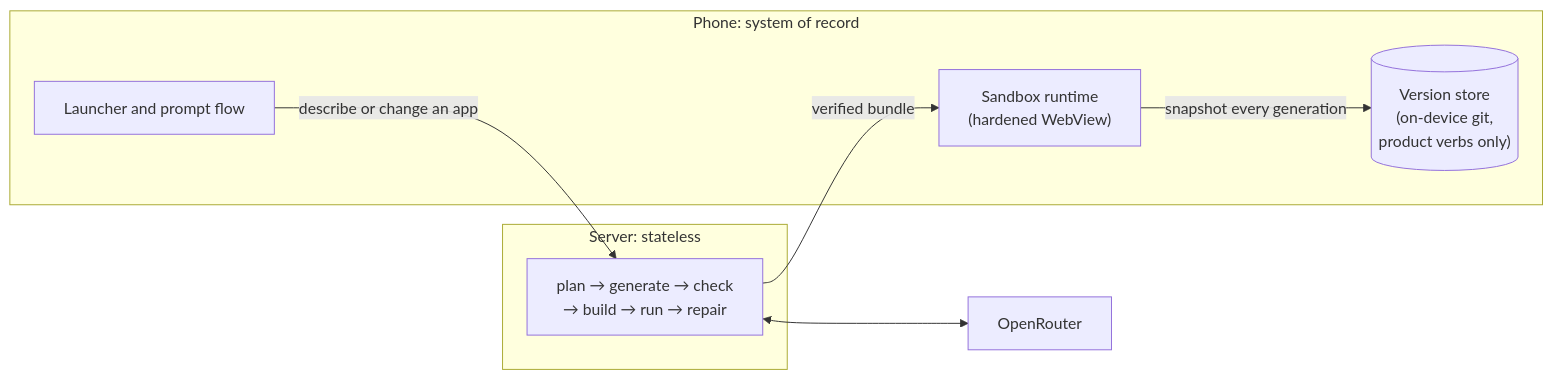
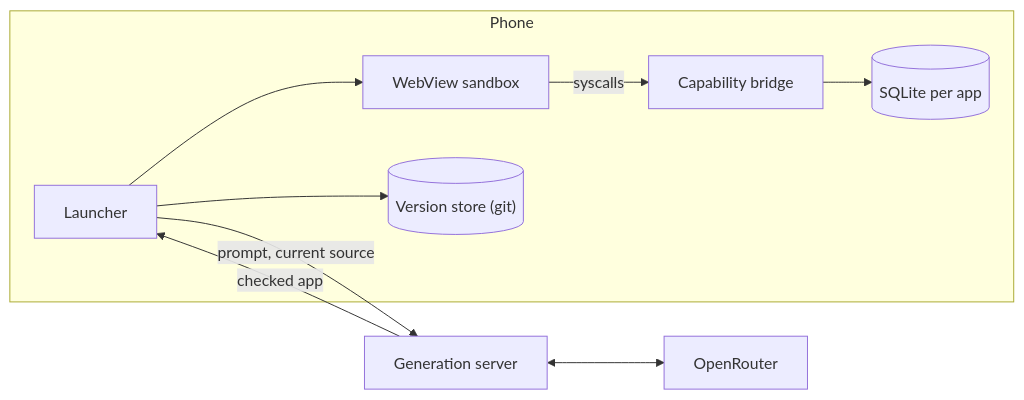
The diagram in README.md (Davron2004/Whim), drawn with Mermaid before and after one commit. The commit also changed other lines of this file, not shown here.

````diff
--- a/README.md
+++ b/README.md
@@ -74,16 +73,12 @@
 ```mermaid
 flowchart LR
-    subgraph Phone["Phone: system of record"]
-        UI["Launcher and prompt flow"]
-        RT["Sandbox runtime<br/>(hardened WebView)"]
-        VS[("Version store<br/>(on-device git,<br/>product verbs only)")]
+    subgraph Phone
+        L["Launcher"] --> W["WebView sandbox"]
+        W -- "syscalls" --> B["Capability bridge"]
+        B --> S[("SQLite per app")]
+        L --> V[("Version store (git)")]
     end
-    subgraph Server["Server: stateless"]
-        H["plan → generate → check<br/>→ build → run → repair"]
-    end
-    M["OpenRouter"]
-    UI -- "describe or change an app" --> H
-    H <--> M
-    H -- "verified bundle" --> RT
-    RT -- "snapshot every generation" --> VS
+    L -- "prompt, current source" --> G["Generation server"]
+    G -- "checked app" --> L
+    G <--> M["OpenRouter"]
 ```
````
